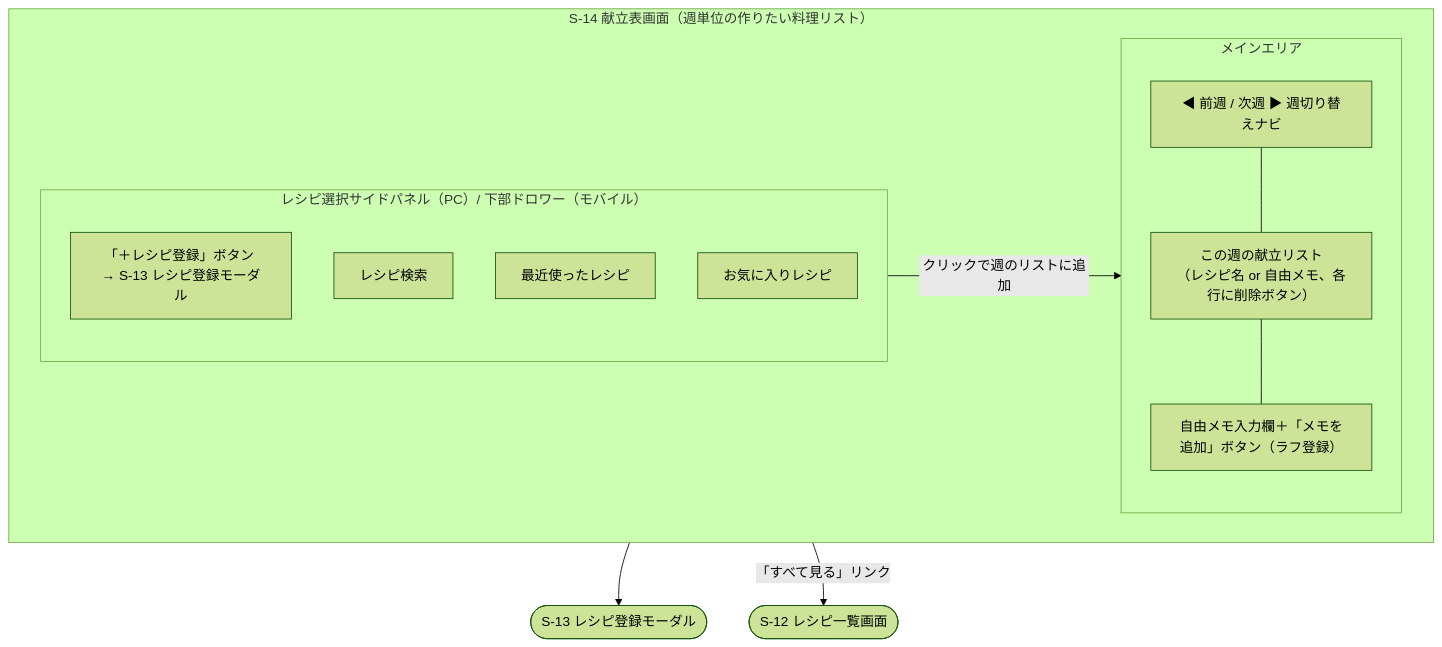
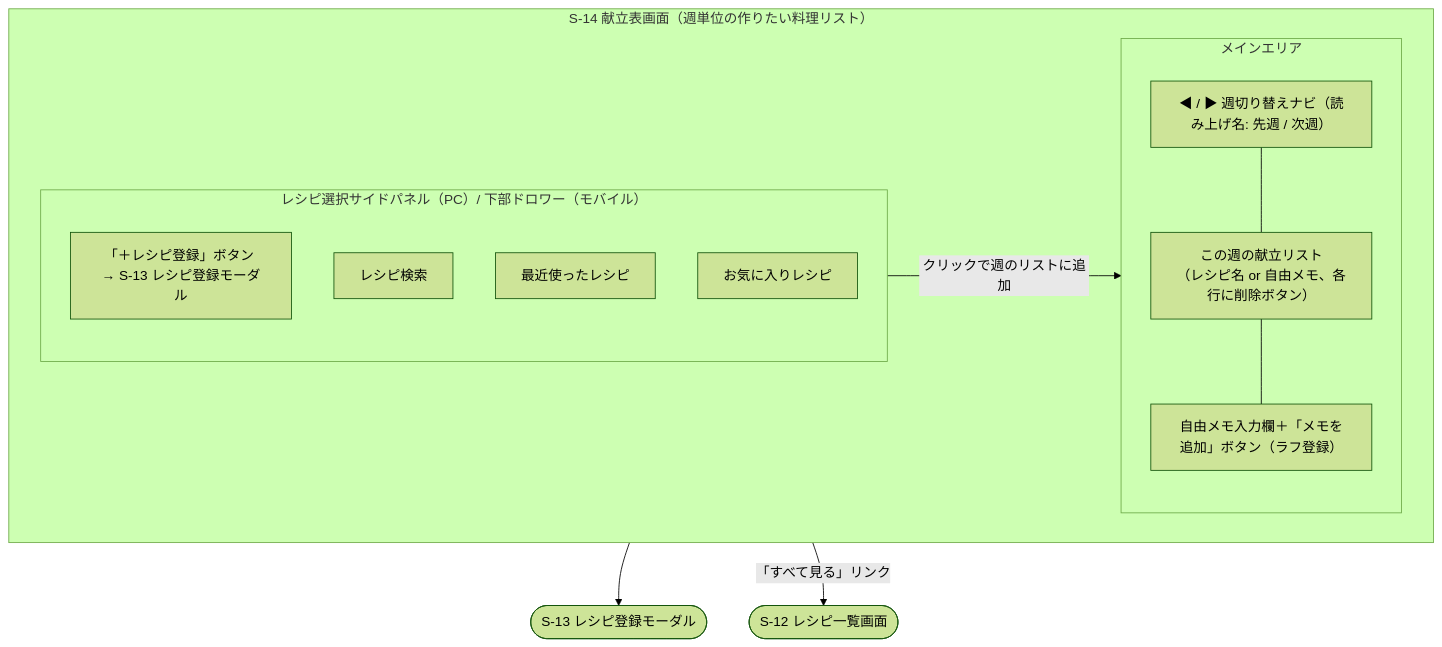
One commit to yamamotonaoki3/HomeLog changed diagram 14 of 20 in docs/details/wireframes.md. Above: the diagram before and after it, drawn with Mermaid (forest theme). The commit also changed other lines of this file and 4 other files, not shown here.

````diff
--- a/docs/details/wireframes.md
+++ b/docs/details/wireframes.md
@@ -681,23 +681,23 @@
 ```mermaid
 flowchart TD
     subgraph Screen["S-14 献立表画面（週単位の作りたい料理リスト）"]
         direction LR
         subgraph MainArea["メインエリア"]
             direction TB
-            WeekNav["◀ 前週 / 次週 ▶ 週切り替えナビ"]
+            WeekNav["◀ / ▶ 週切り替えナビ（読み上げ名: 先週 / 次週）"]
             MenuList["この週の献立リスト\n（レシピ名 or 自由メモ、各行に削除ボタン）"]
             MemoAdd["自由メモ入力欄＋「メモを追加」ボタン（ラフ登録）"]
         end
         subgraph RecipePanel["レシピ選択サイドパネル（PC）/ 下部ドロワー（モバイル）"]
             direction TB
             AddRecipeBtn["「＋レシピ登録」ボタン → S-13 レシピ登録モーダル"]
             Search["レシピ検索"]
             Recent["最近使ったレシピ"]
             Favorite["お気に入りレシピ"]
         end
     end
     WeekNav --- MenuList --- MemoAdd
     RecipePanel -- クリックで週のリストに追加 --> MenuList
     AddRecipeBtn --> S13(["S-13 レシピ登録モーダル"])
     RecipePanel -- 「すべて見る」リンク --> S12(["S-12 レシピ一覧画面"])
 ```
````
